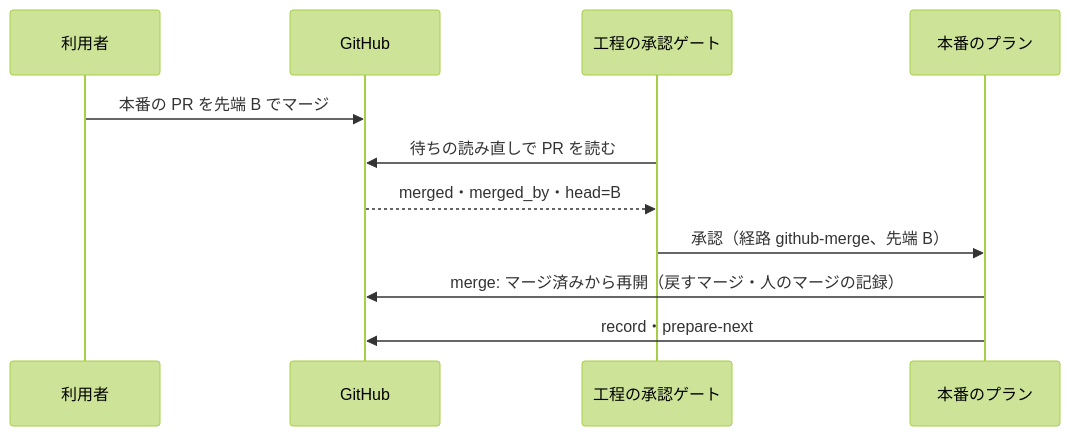
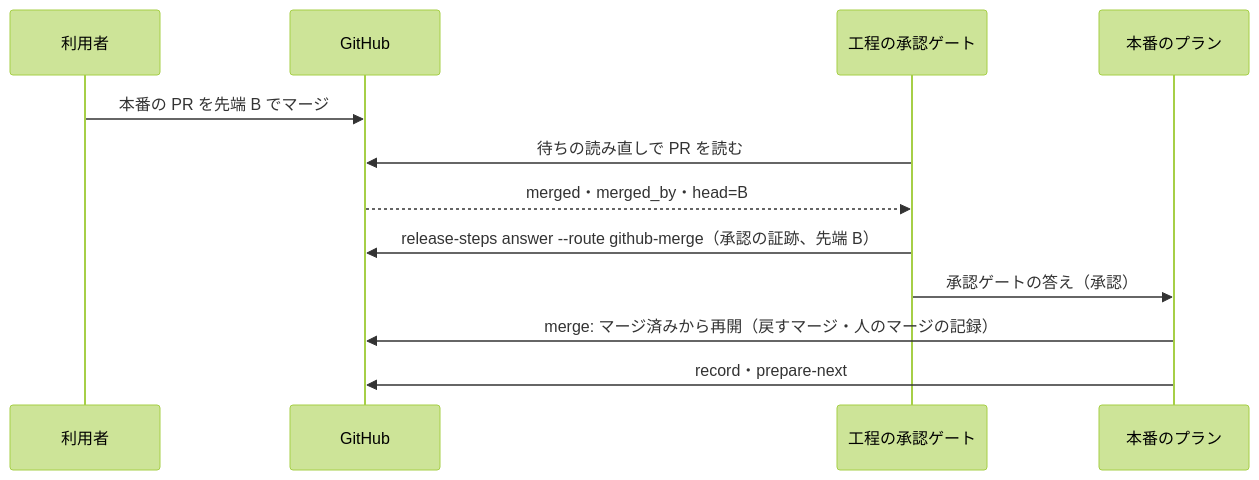
Before and after one commit to devbasex/ai-plugins: the third of 4 diagrams in issues/issue-3572-design.md, drawn with Mermaid (forest theme). The commit also changed other lines of this file and 4 other files, not shown here.

````diff
--- a/issues/issue-3572-design.md
+++ b/issues/issue-3572-design.md
@@ -206,13 +226,14 @@
 ```mermaid
 sequenceDiagram
     participant U as 利用者
     participant H as GitHub
     participant S as 工程の承認ゲート
     participant P as 本番のプラン
     U->>H: 本番の PR を先端 B でマージ
     S->>H: 待ちの読み直しで PR を読む
     H-->>S: merged・merged_by・head=B
-    S->>P: 承認（経路 github-merge、先端 B）
+    S->>H: release-steps answer --route github-merge（承認の証跡、先端 B）
+    S->>P: 承認ゲートの答え（承認）
     P->>H: merge: マージ済みから再開（戻すマージ・人のマージの記録）
     P->>H: record・prepare-next
 ```
````
